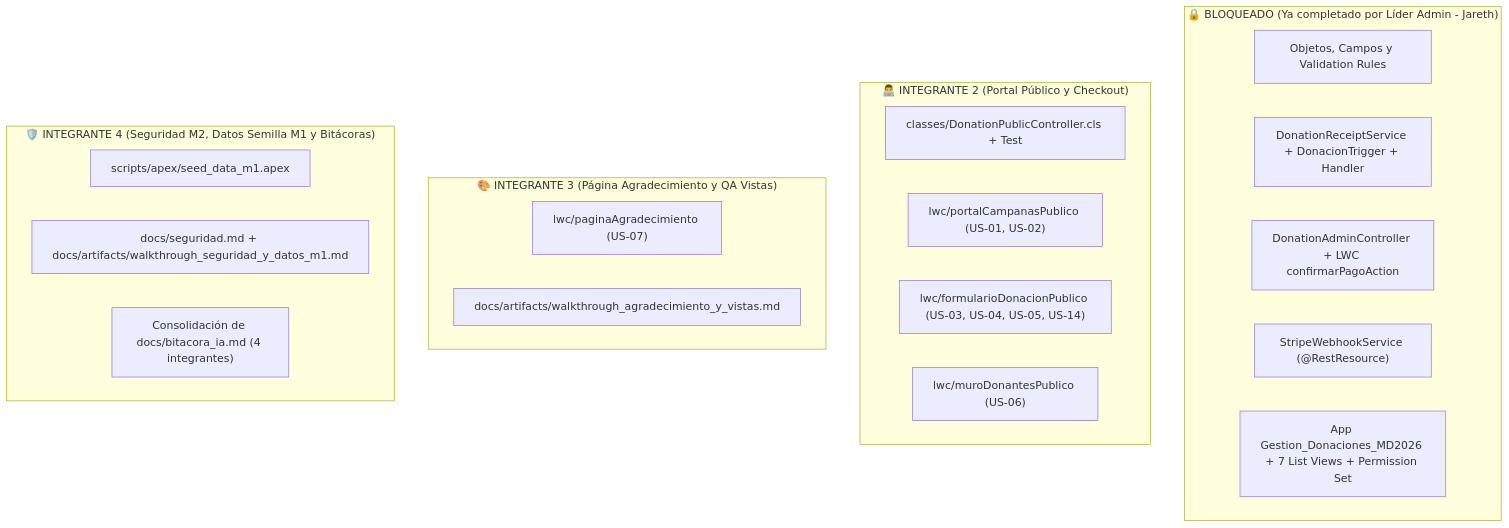
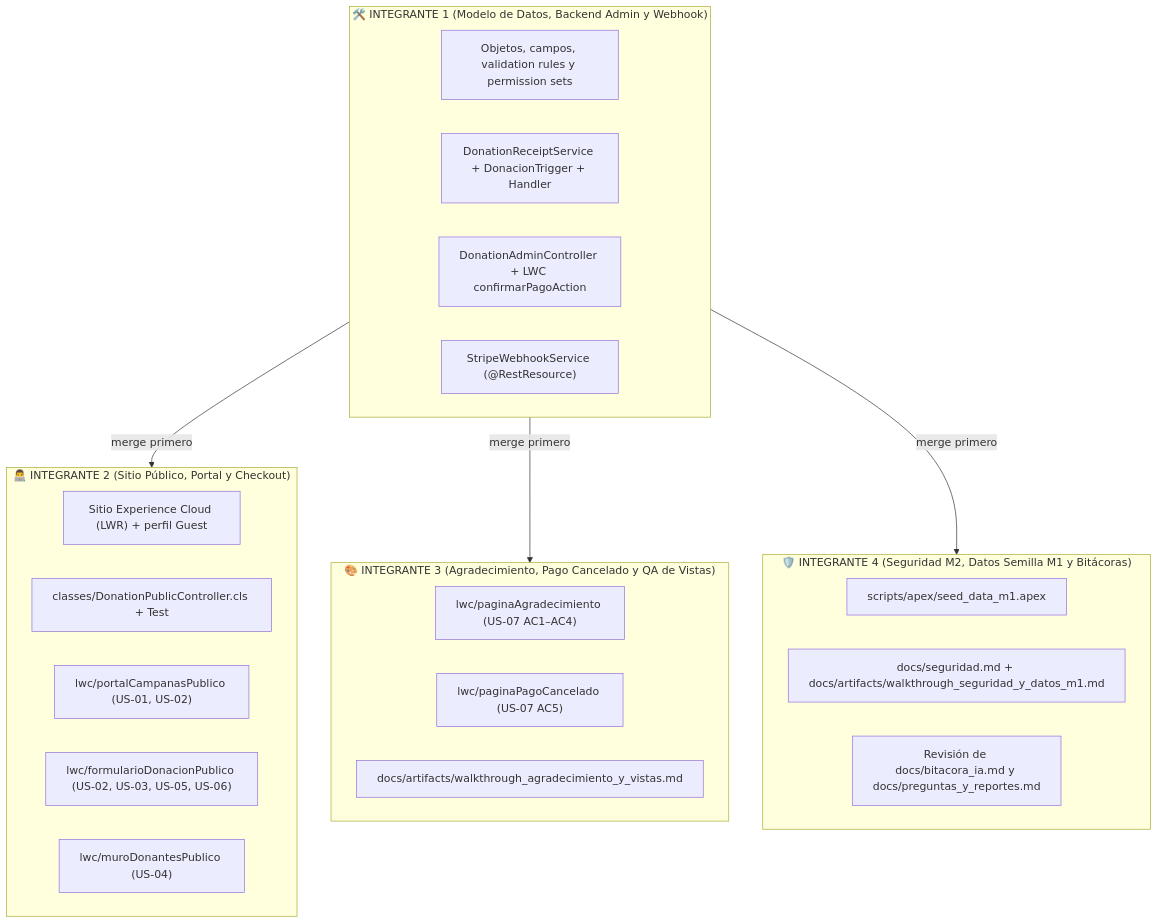
The diagram in docs/artifacts/guia_ejecucion_integrantes_2_3_4.md (JarethJaziel/donations-sf), drawn with Mermaid before and after one commit. The commit also changed other lines of this file and 2 other files, not shown here.

````diff
--- a/docs/artifacts/guia_ejecucion_integrantes_2_3_4.md
+++ b/docs/artifacts/guia_ejecucion_integrantes_2_3_4.md
@@ -13,28 +22,33 @@
 ```mermaid
 flowchart TD
-    subgraph INTOCABLE["🔒 BLOQUEADO (Ya completado por Líder Admin - Jareth)"]
-        A1["Objetos, Campos y Validation Rules"]
+    subgraph INT1["🛠️ INTEGRANTE 1 (Modelo de Datos, Backend Admin y Webhook)"]
+        A1["Objetos, campos, validation rules y permission sets"]
         A2["DonationReceiptService + DonacionTrigger + Handler"]
         A3["DonationAdminController + LWC confirmarPagoAction"]
         A4["StripeWebhookService (@RestResource)"]
-        A5["App Gestion_Donaciones_MD2026 + 7 List Views + Permission Set"]
     end
 
-    subgraph INT2["👨‍💻 INTEGRANTE 2 (Portal Público y Checkout)"]
+    subgraph INT2["👨‍💻 INTEGRANTE 2 (Sitio Público, Portal y Checkout)"]
+        B0["Sitio Experience Cloud (LWR) + perfil Guest"]
         B1["classes/DonationPublicController.cls + Test"]
         B2["lwc/portalCampanasPublico (US-01, US-02)"]
-        B3["lwc/formularioDonacionPublico (US-03, US-04, US-05, US-14)"]
-        B4["lwc/muroDonantesPublico (US-06)"]
+        B3["lwc/formularioDonacionPublico (US-02, US-03, US-05, US-06)"]
+        B4["lwc/muroDonantesPublico (US-04)"]
     end
 
-    subgraph INT3["🎨 INTEGRANTE 3 (Página Agradecimiento y QA Vistas)"]
-        C1["lwc/paginaAgradecimiento (US-07)"]
-        C2["docs/artifacts/walkthrough_agradecimiento_y_vistas.md"]
+    subgraph INT3["🎨 INTEGRANTE 3 (Agradecimiento, Pago Cancelado y QA de Vistas)"]
+        C1["lwc/paginaAgradecimiento (US-07 AC1–AC4)"]
+        C2["lwc/paginaPagoCancelado (US-07 AC5)"]
+        C3["docs/artifacts/walkthrough_agradecimiento_y_vistas.md"]
     end
 
     subgraph INT4["🛡️ INTEGRANTE 4 (Seguridad M2, Datos Semilla M1 y Bitácoras)"]
         D1["scripts/apex/seed_data_m1.apex"]
         D2["docs/seguridad.md + docs/artifacts/walkthrough_seguridad_y_datos_m1.md"]
-        D3["Consolidación de docs/bitacora_ia.md (4 integrantes)"]
+        D3["Revisión de docs/bitacora_ia.md y docs/preguntas_y_reportes.md"]
     end
+
+    INT1 -->|merge primero| INT2
+    INT1 -->|merge primero| INT3
+    INT1 -->|merge primero| INT4
 ```
````
